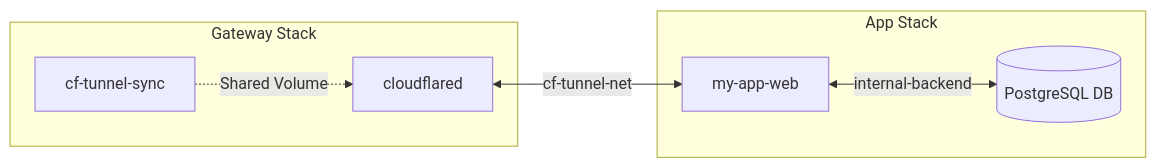
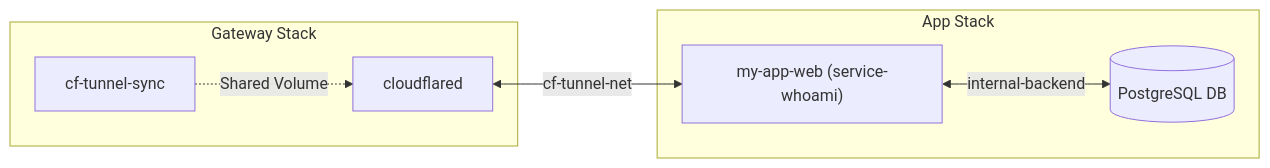
The diagram in examples/02-multi-stack-external-net/README.md (hapheus/cf-docker-tunnel-sync), drawn with Mermaid before and after one commit. The commit also changed other lines of this file and 37 other files, not shown here.

First line of the commit message:
fix(docs): quote Mermaid edge labels and clean up example directories

````diff
--- a/examples/02-multi-stack-external-net/README.md
+++ b/examples/02-multi-stack-external-net/README.md
@@ -17,16 +17,16 @@
 ```mermaid
 flowchart LR
     subgraph Gateway Stack
         Sync["cf-tunnel-sync"]
         CFD["cloudflared"]
     end
 
     subgraph App Stack
-        Web["my-app-web"]
+        Web["my-app-web (service-whoami)"]
         DB[("PostgreSQL DB")]
     end
 
-    Sync -.->|Shared Volume| CFD
-    CFD <-->|cf-tunnel-net| Web
-    Web <-->|internal-backend| DB
+    Sync -.->|"Shared Volume"| CFD
+    CFD <-->|"cf-tunnel-net"| Web
+    Web <-->|"internal-backend"| DB
 ```
````
